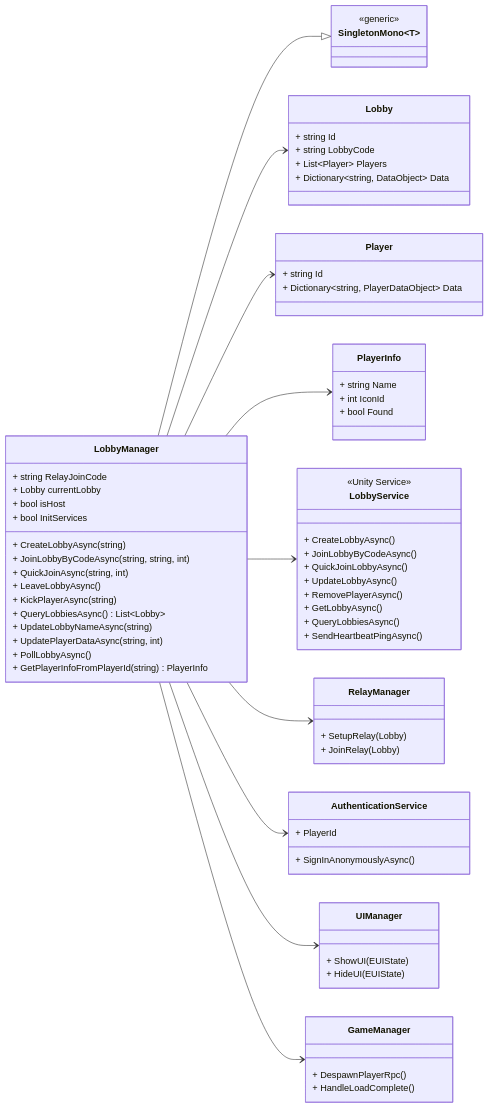
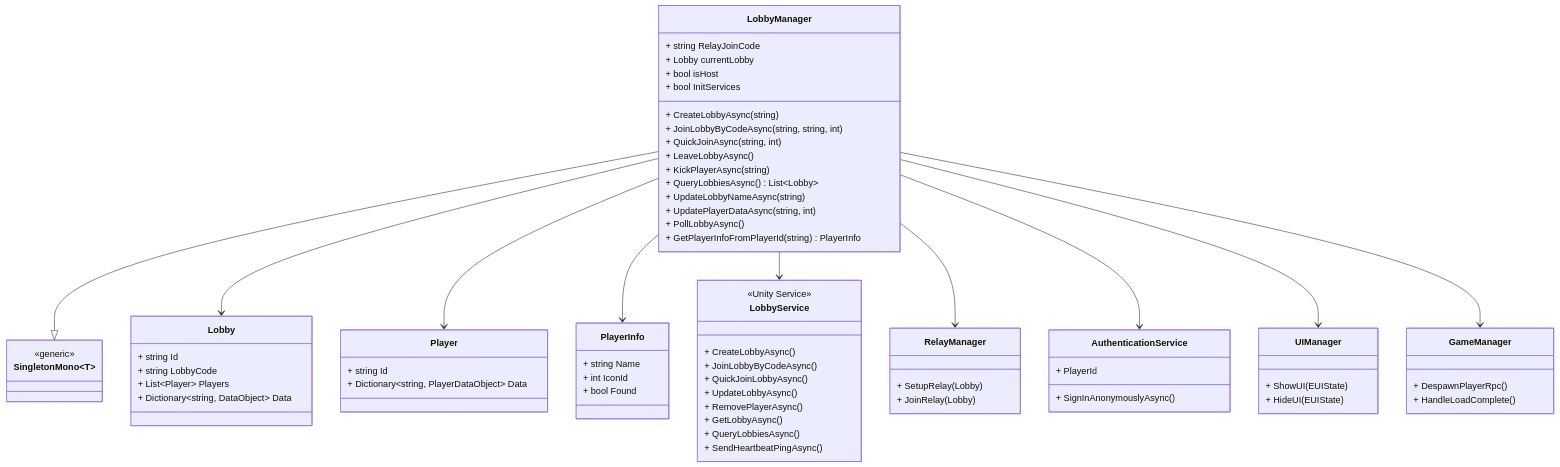
One commit to LeHien6601/Fishy-Business changed the diagram in Diagram/LobbyManager.mmd. Above: the diagram before and after it, drawn with Mermaid. The commit also changed 566 other files, not shown here.

```diff
--- a/Diagram/LobbyManager.mmd
+++ b/Diagram/LobbyManager.mmd
@@ -1,90 +1,90 @@
 classDiagram
-    direction LR
+    %% direction LR
 
     class SingletonMono~T~ {
         <<generic>>
     }
 
     class LobbyManager {
         + string RelayJoinCode
         + Lobby currentLobby
         + bool isHost
         + bool InitServices
 
         + CreateLobbyAsync(string)
         + JoinLobbyByCodeAsync(string, string, int)
         + QuickJoinAsync(string, int)
         + LeaveLobbyAsync()
         + KickPlayerAsync(string)
         + QueryLobbiesAsync() List~Lobby~
         + UpdateLobbyNameAsync(string)
         + UpdatePlayerDataAsync(string, int)
         + PollLobbyAsync()
         + GetPlayerInfoFromPlayerId(string) PlayerInfo
     }
 
     class Lobby {
         + string Id
         + string LobbyCode
         + List~Player~ Players
         + Dictionary~string, DataObject~ Data
     }
 
     class Player {
         + string Id
         + Dictionary~string, PlayerDataObject~ Data
     }
 
     class PlayerInfo {
         + string Name
         + int IconId
         + bool Found
     }
 
     class LobbyService {
         <<Unity Service>>
         + CreateLobbyAsync()
         + JoinLobbyByCodeAsync()
         + QuickJoinLobbyAsync()
         + UpdateLobbyAsync()
         + RemovePlayerAsync()
         + GetLobbyAsync()
         + QueryLobbiesAsync()
         + SendHeartbeatPingAsync()
     }
 
     class RelayManager {
         + SetupRelay(Lobby)
         + JoinRelay(Lobby)
     }
 
     class AuthenticationService {
         + PlayerId
         + SignInAnonymouslyAsync()
     }
 
     class UIManager {
         + ShowUI(EUIState)
         + HideUI(EUIState)
     }
 
     %% class GameplayManager {
     %%     + OnStartGame
     %%     + OnEndGame
     %% }
 
     class GameManager {
         + DespawnPlayerRpc()
         + HandleLoadComplete()
     }
 
     LobbyManager --|> SingletonMono~LobbyManager~
     LobbyManager --> Lobby
     LobbyManager --> Player
     LobbyManager --> PlayerInfo
     LobbyManager --> LobbyService
     LobbyManager --> RelayManager
     LobbyManager --> AuthenticationService
     LobbyManager --> UIManager
     %% LobbyManager --> GameplayManager
     LobbyManager --> GameManager
```
